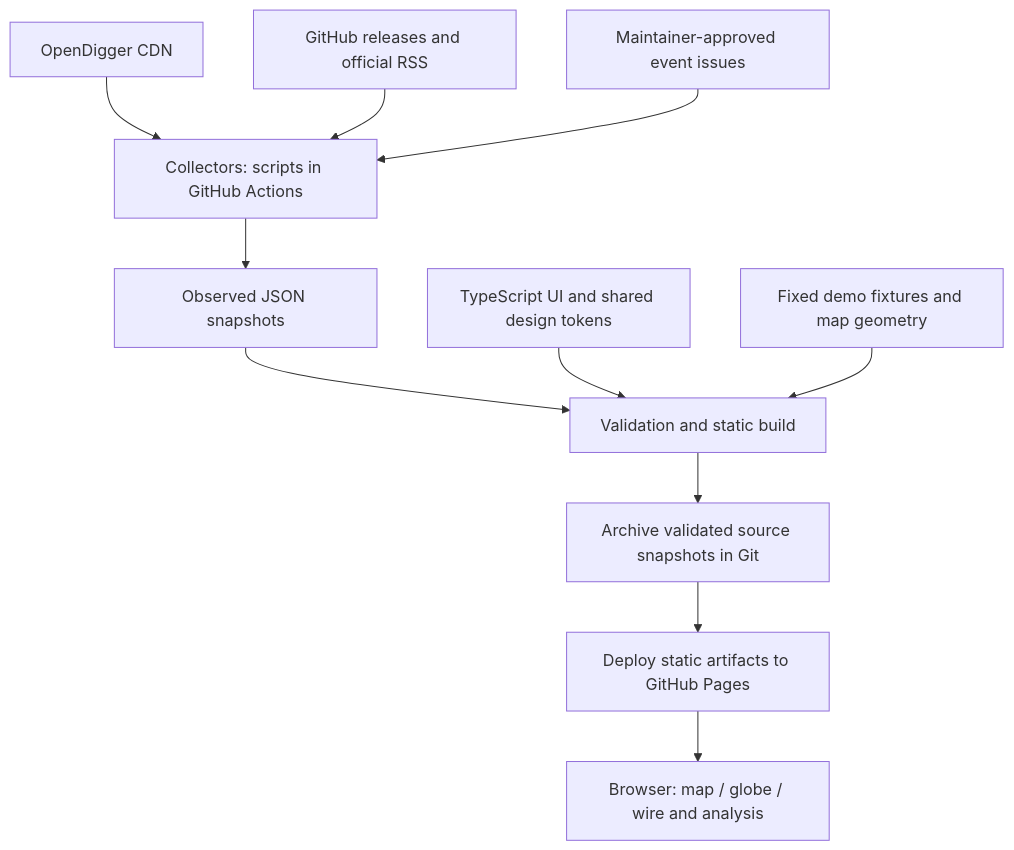
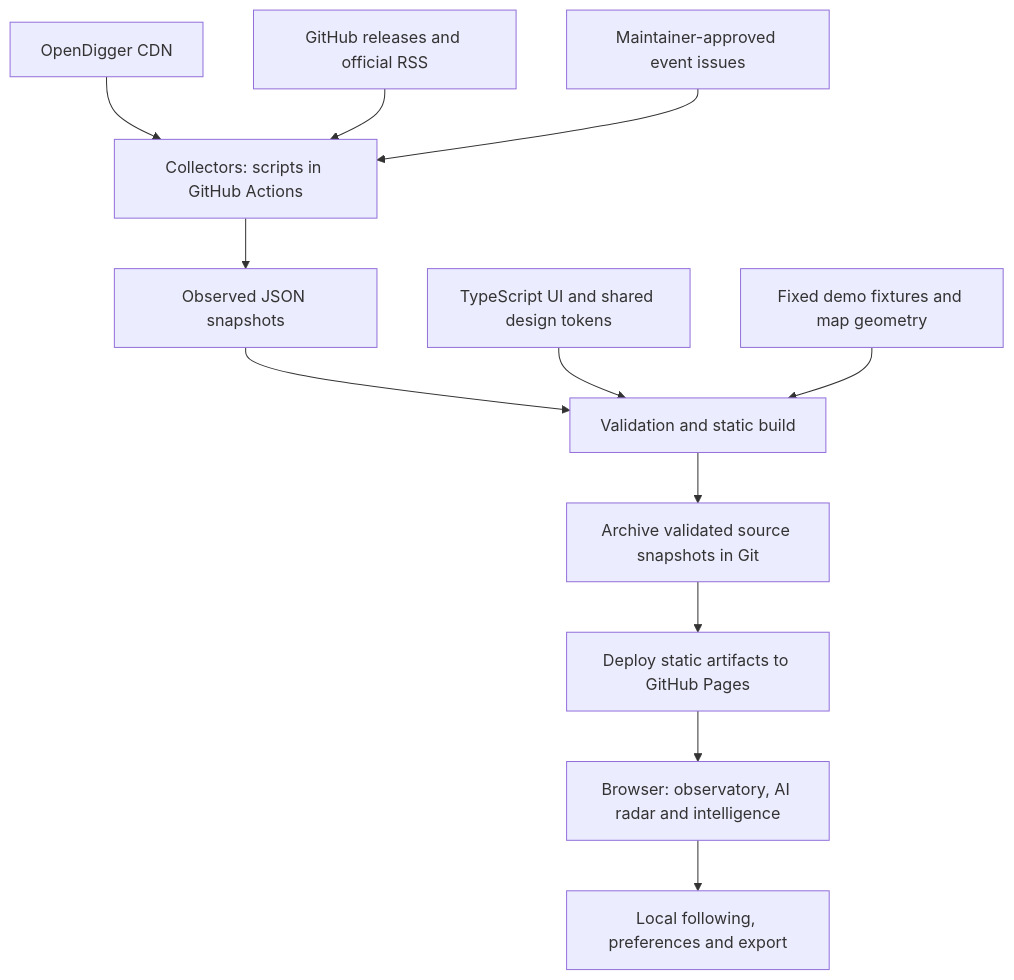
One commit to X-lab2017/open-dipper changed the second of 2 diagrams in README.md. Above: the diagram before and after it, drawn with Mermaid. The commit also changed other lines of this file and 31 other files, not shown here.

````diff
--- a/README.md
+++ b/README.md
@@ -104,13 +111,14 @@
 ```mermaid
 flowchart TD
   OD["OpenDigger CDN"] --> C["Collectors: scripts in GitHub Actions"]
   FE["GitHub releases and official RSS"] --> C
   ED["Maintainer-approved event issues"] --> C
   C --> S["Observed JSON snapshots"]
   S --> Q["Validation and static build"]
   UI["TypeScript UI and shared design tokens"] --> Q
   FX["Fixed demo fixtures and map geometry"] --> Q
   Q --> A["Archive validated source snapshots in Git"]
   A --> P["Deploy static artifacts to GitHub Pages"]
-  P --> B["Browser: map / globe / wire and analysis"]
+  P --> B["Browser: observatory, AI radar and intelligence"]
+  B --> L["Local following, preferences and export"]
 ```
````
